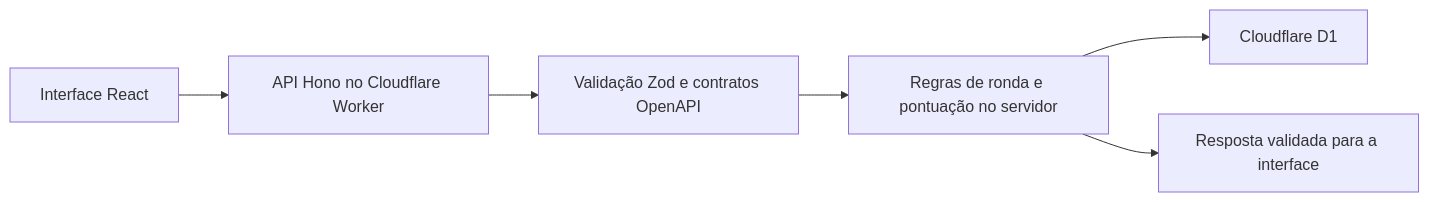
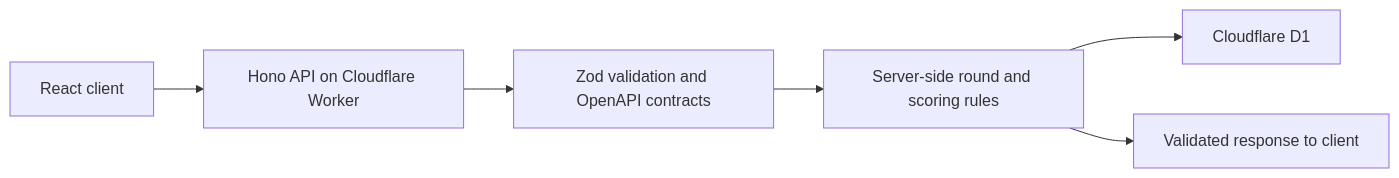
The diagram in README.md (WhiteBlindness/roundcraft), drawn with Mermaid before and after one commit. The commit also changed other lines of this file, not shown here.

````diff
--- a/README.md
+++ b/README.md
@@ -15,8 +15,8 @@
 ```mermaid
 flowchart LR
-    A[Interface React] --> B[API Hono no Cloudflare Worker]
-    B --> C[Validação Zod e contratos OpenAPI]
-    C --> D[Regras de ronda e pontuação no servidor]
+    A[React client] --> B[Hono API on Cloudflare Worker]
+    B --> C[Zod validation and OpenAPI contracts]
+    C --> D[Server-side round and scoring rules]
     D --> E[Cloudflare D1]
-    D --> F[Resposta validada para a interface]
+    D --> F[Validated response to client]
 ```
````
